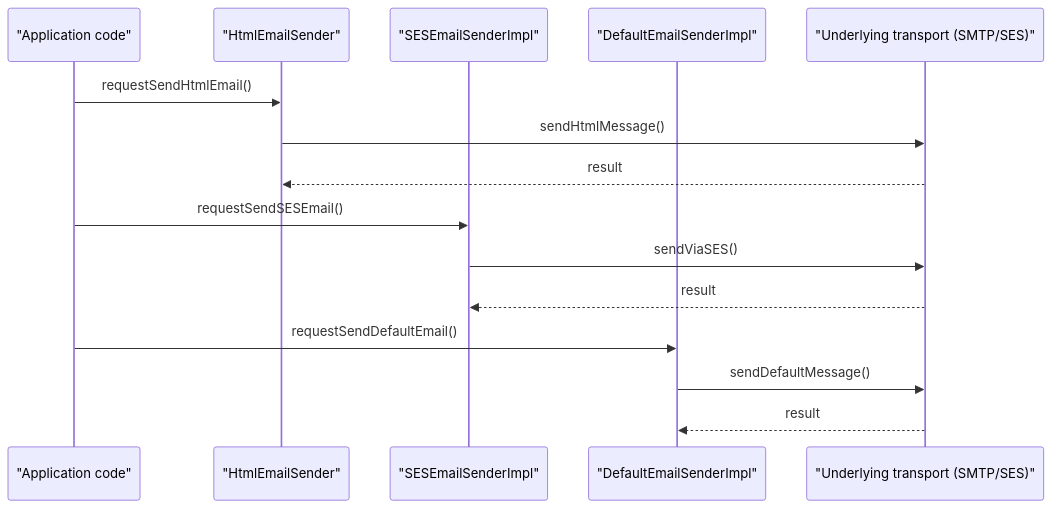
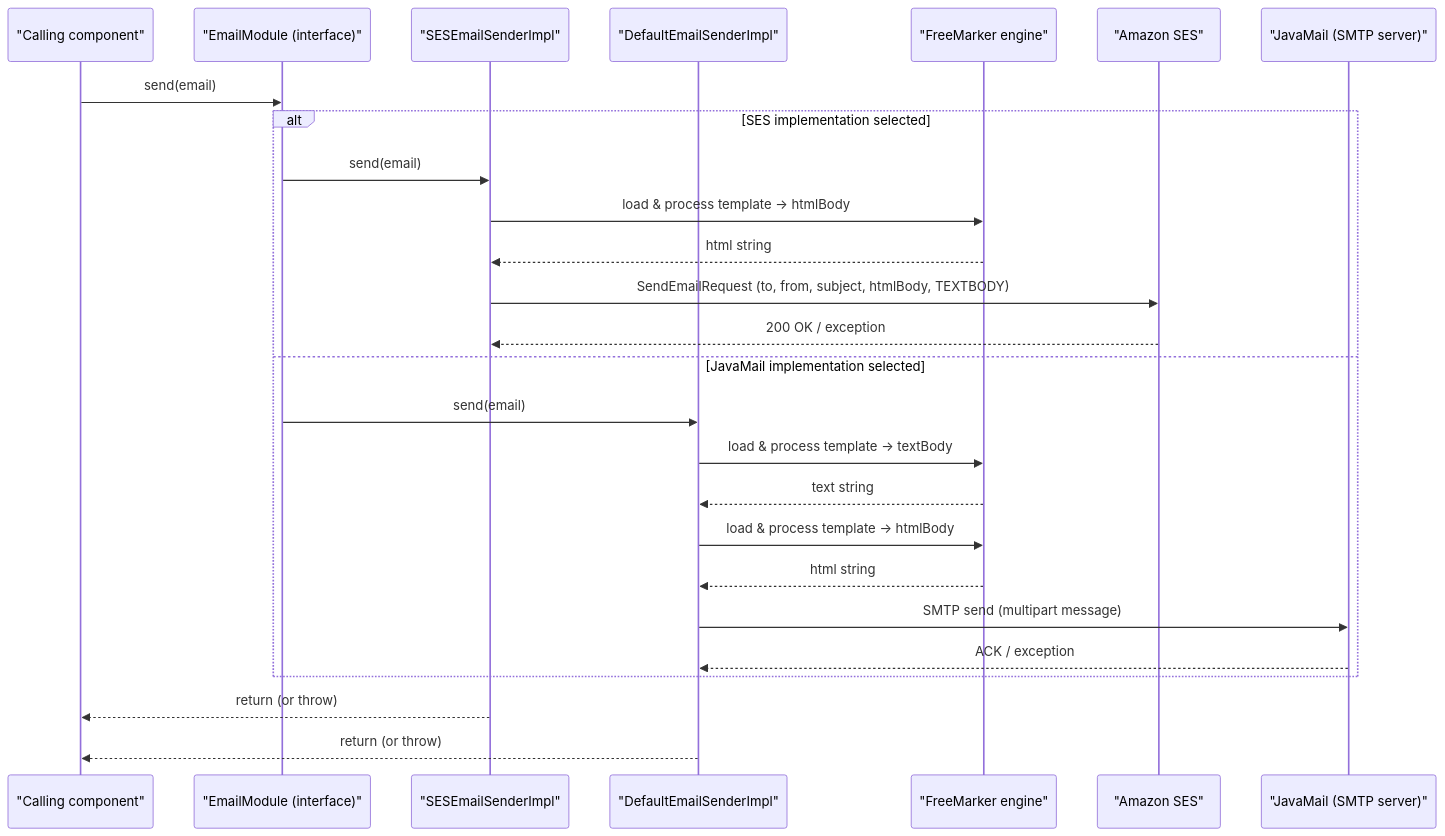
One commit to vaibhavantil2/shopizer changed the diagram in privado-memory-new/features/email-and-notification-management.md. Above: the diagram before and after it, drawn with Mermaid. The commit also changed other lines of this file and 23 other files, not shown here.

Commit message:
chore: add privado-memory-new as-is knowledge base (ERD + 19 feature docs)

````diff
--- a/privado-memory-new/features/email-and-notification-management.md
+++ b/privado-memory-new/features/email-and-notification-management.md
@@ -21,20 +30,29 @@
 ```mermaid
 sequenceDiagram
-    participant Caller as "Application code"
-    participant HtmlSender as "HtmlEmailSender"
-    participant SESsender as "SESEmailSenderImpl"
-    participant DefaultSender as "DefaultEmailSenderImpl"
-    participant Transport as "Underlying transport (SMTP/SES)"
+    participant Caller as "Calling component"
+    participant EmailModule as "EmailModule (interface)"
+    participant SESImpl as "SESEmailSenderImpl"
+    participant JavaMailImpl as "DefaultEmailSenderImpl"
+    participant FreeMarker as "FreeMarker engine"
+    participant SES as "Amazon SES"
+    participant JavaMail as "JavaMail (SMTP server)"
 
-    Caller->>HtmlSender: requestSendHtmlEmail()
-    HtmlSender->>Transport: sendHtmlMessage()
-    Transport-->>HtmlSender: result
-
-    Caller->>SESsender: requestSendSESEmail()
-    SESsender->>Transport: sendViaSES()
-    Transport-->>SESsender: result
-
-    Caller->>DefaultSender: requestSendDefaultEmail()
-    DefaultSender->>Transport: sendDefaultMessage()
-    Transport-->>DefaultSender: result
+    Caller->>EmailModule: send(email)
+    alt SES implementation selected
+        EmailModule->>SESImpl: send(email)
+        SESImpl->>FreeMarker: load & process template → htmlBody
+        FreeMarker-->>SESImpl: html string
+        SESImpl->>SES: SendEmailRequest (to, from, subject, htmlBody, TEXTBODY)
+        SES-->>SESImpl: 200 OK / exception
+    else JavaMail implementation selected
+        EmailModule->>JavaMailImpl: send(email)
+        JavaMailImpl->>FreeMarker: load & process template → textBody
+        FreeMarker-->>JavaMailImpl: text string
+        JavaMailImpl->>FreeMarker: load & process template → htmlBody
+        FreeMarker-->>JavaMailImpl: html string
+        JavaMailImpl->>JavaMail: SMTP send (multipart message)
+        JavaMail-->>JavaMailImpl: ACK / exception
+    end
+    SESImpl-->>Caller: return (or throw)
+    JavaMailImpl-->>Caller: return (or throw)
 ```
````
